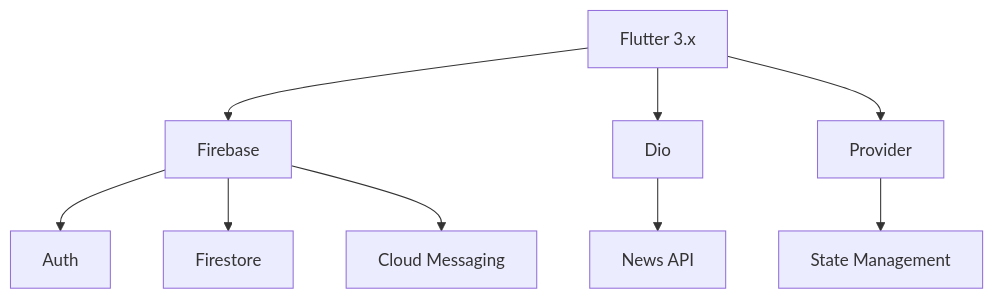
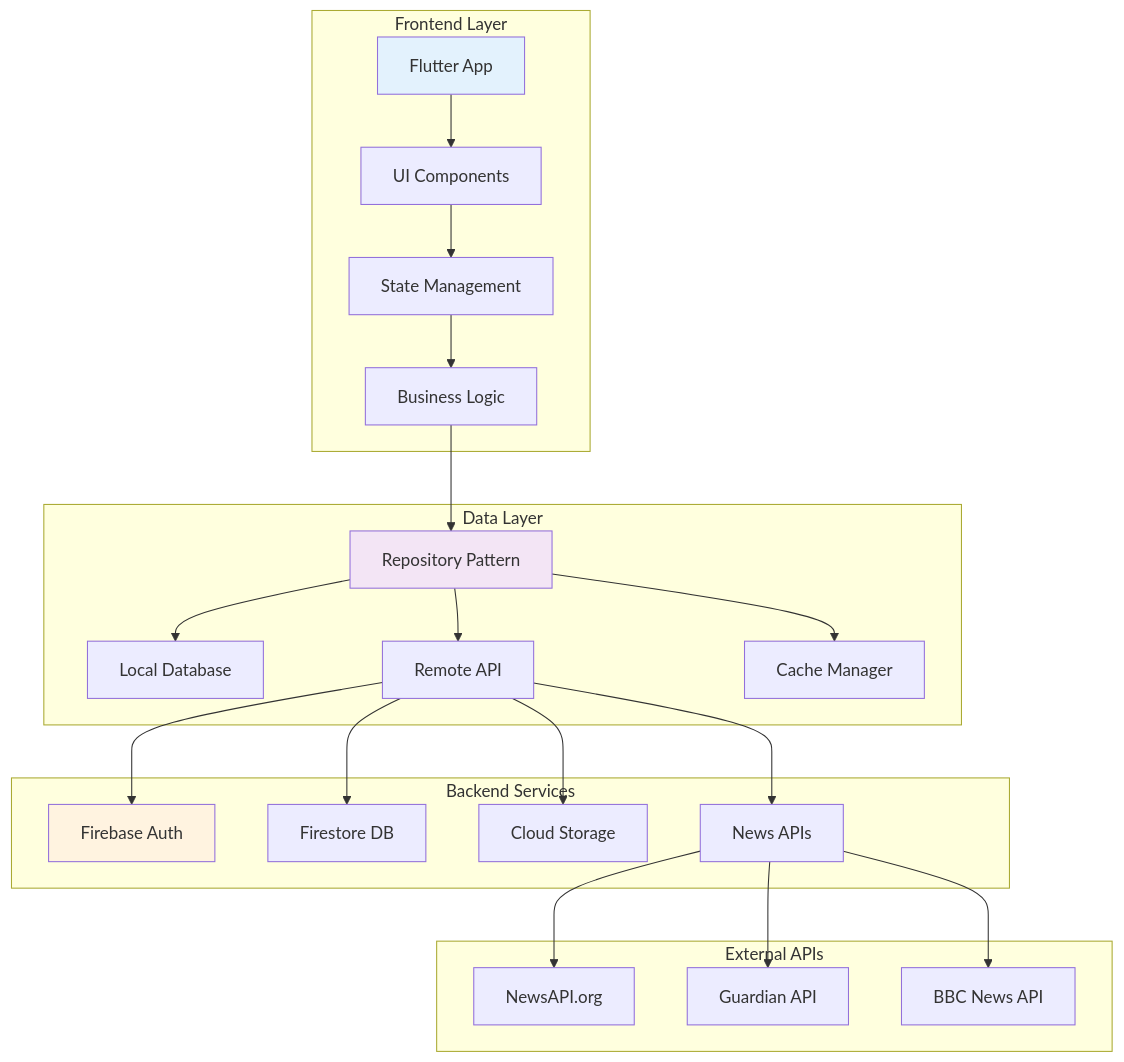
Before and after one commit to Maftuuh1922/aplikasi_berita: the diagram in README.md, drawn with Mermaid. The commit also changed other lines of this file, not shown here.

````diff
--- a/README.md
+++ b/README.md
@@ -67,11 +150,32 @@
 ```mermaid
-graph TD
-    A[Flutter 3.x] --> B[Firebase]
-    A --> C[Dio]
-    A --> D[Provider]
-    B --> E[Auth]
-    B --> F[Firestore]
-    B --> G[Cloud Messaging]
-    C --> H[News API]
-    D --> I[State Management]
+graph TB
+    subgraph "Frontend Layer"
+        A[Flutter App] --> B[UI Components]
+        B --> C[State Management]
+        C --> D[Business Logic]
+    end
+    
+    subgraph "Data Layer"
+        D --> E[Repository Pattern]
+        E --> F[Local Database]
+        E --> G[Remote API]
+        E --> H[Cache Manager]
+    end
+    
+    subgraph "Backend Services"
+        G --> I[Firebase Auth]
+        G --> J[Firestore DB]
+        G --> K[Cloud Storage]
+        G --> L[News APIs]
+    end
+    
+    subgraph "External APIs"
+        L --> M[NewsAPI.org]
+        L --> N[Guardian API]
+        L --> O[BBC News API]
+    end
+    
+    style A fill:#E3F2FD
+    style E fill:#F3E5F5
+    style I fill:#FFF3E0
 ```
````
